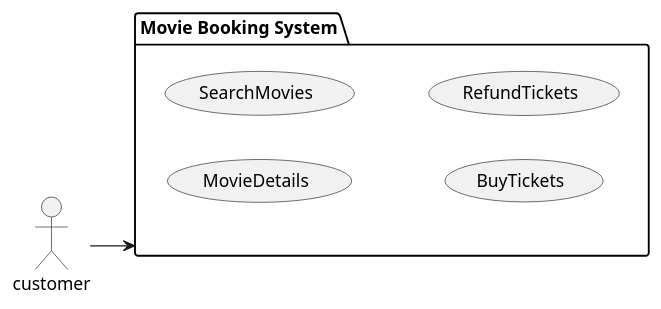
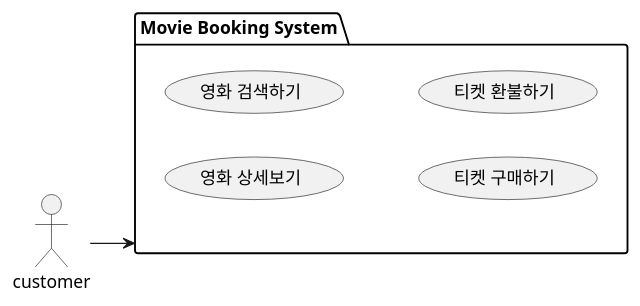
The seventh of 12 diagrams in _posts/2025-04-01-backend-design-1.md (mannercode/mannercode.github.io), drawn with PlantUML before and after one commit. The commit also changed other lines of this file and 159 other files, not shown here.

First line of the commit message:
Add UML diagrams for Movie Booking System and update sequence diagrams

```diff
--- a/_posts/2025-04-01-backend-design-1.md
+++ b/_posts/2025-04-01-backend-design-1.md
@@ -207,15 +207,15 @@
 {% plantuml %}
 @startuml
 left to right direction
 actor customer
 
 package "Movie Booking System" as mbs {
-    usecase MovieDetails
-    usecase SearchMovies
-    usecase BuyTickets
-    usecase RefundTickets
+    usecase "영화 상세보기" as MovieDetails
+    usecase "영화 검색하기" as SearchMovies
+    usecase "티켓 구매하기" as PurchaseTickets
+    usecase "티켓 환불하기" as RefundTickets
 }
 
 customer --> mbs
 @enduml
 {% endplantuml %}
```
